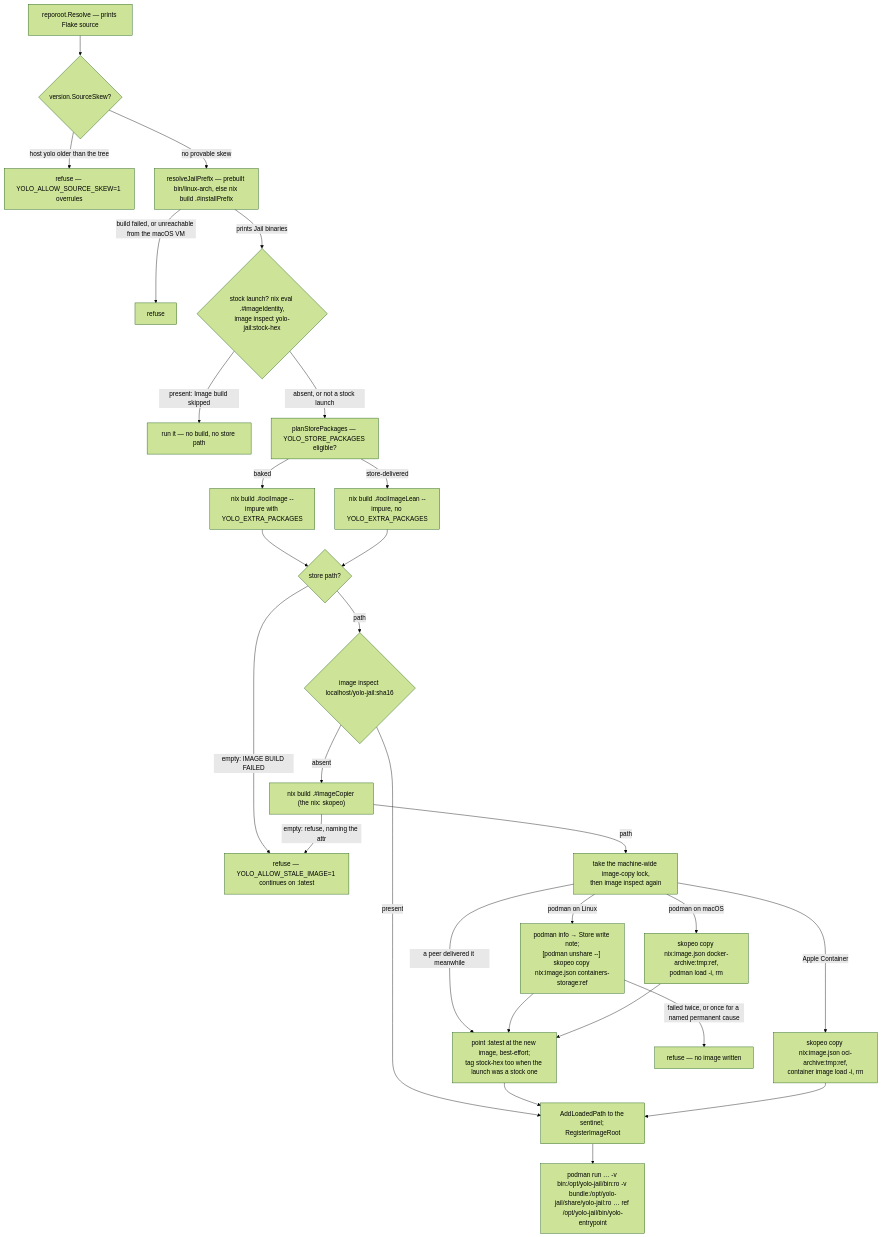
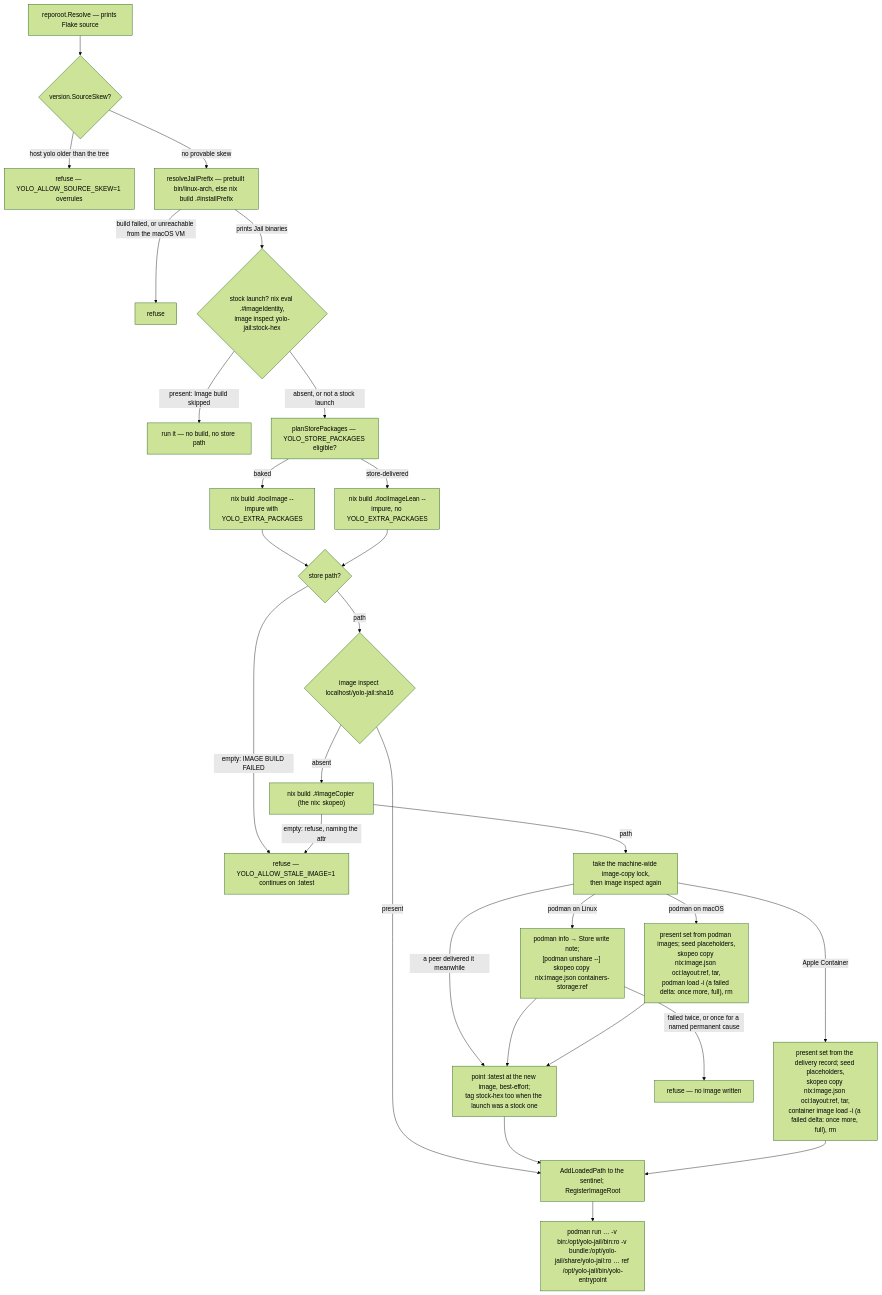
Before and after one commit to mschulkind-oss/yolo-jail: the diagram in docs/reference/image-staging-vs-baking.md, drawn with Mermaid (forest theme). The commit also changed other lines of this file and 3 other files, not shown here.

Commit message:
docs(image): describe the delta archive, where its files live, and what only a Mac can confirm

````diff
--- a/docs/reference/image-staging-vs-baking.md
+++ b/docs/reference/image-staging-vs-baking.md
@@ -390,29 +391,29 @@
 ```mermaid
 flowchart TD
     resolve["reporoot.Resolve — prints Flake source"] --> skew{"version.SourceSkew?"}
     skew -->|"host yolo older than the tree"| refuse1["refuse — YOLO_ALLOW_SOURCE_SKEW=1 overrules"]
     skew -->|"no provable skew"| prefix["resolveJailPrefix — prebuilt bin/linux-arch, else nix build .#installPrefix"]
     prefix -->|"build failed, or unreachable from the macOS VM"| refuse2["refuse"]
     prefix -->|"prints Jail binaries"| stock{"stock launch? nix eval .#imageIdentity,<br/>image inspect yolo-jail:stock-hex"}
     stock -->|"present: Image build skipped"| runstock["run it — no build, no store path"]
     stock -->|"absent, or not a stock launch"| plan["planStorePackages — YOLO_STORE_PACKAGES eligible?"]
     plan -->|"baked"| build["nix build .#ociImage --impure with YOLO_EXTRA_PACKAGES"]
     plan -->|"store-delivered"| buildLean["nix build .#ociImageLean --impure, no YOLO_EXTRA_PACKAGES"]
     build --> failed{"store path?"}
     buildLean --> failed
     failed -->|"empty: IMAGE BUILD FAILED"| fatal["refuse — YOLO_ALLOW_STALE_IMAGE=1 continues on :latest"]
     failed -->|"path"| inspect{"image inspect localhost/yolo-jail:sha16"}
     inspect -->|"present"| record["AddLoadedPath to the sentinel; RegisterImageRoot"]
     inspect -->|"absent"| copier["nix build .#imageCopier (the nix: skopeo)"]
     copier -->|"empty: refuse, naming the attr"| fatal
     copier -->|"path"| lock["take the machine-wide image-copy lock,<br/>then image inspect again"]
     lock -->|"a peer delivered it meanwhile"| alias
     lock -->|"podman on Linux"| copy["podman info → Store write note;<br/>[podman unshare --] skopeo copy nix:image.json containers-storage:ref"]
-    lock -->|"Apple Container"| copyoci["skopeo copy nix:image.json oci-archive:tmp:ref,<br/>container image load -i, rm"]
-    lock -->|"podman on macOS"| copydock["skopeo copy nix:image.json docker-archive:tmp:ref,<br/>podman load -i, rm"]
+    lock -->|"Apple Container"| copyoci["present set from the delivery record; seed placeholders,<br/>skopeo copy nix:image.json oci:layout:ref, tar,<br/>container image load -i (a failed delta: once more, full), rm"]
+    lock -->|"podman on macOS"| copydock["present set from podman images; seed placeholders,<br/>skopeo copy nix:image.json oci:layout:ref, tar,<br/>podman load -i (a failed delta: once more, full), rm"]
     copy -->|"failed twice, or once for a named permanent cause"| abandon["refuse — no image written"]
     copy --> alias["point :latest at the new image, best-effort;<br/>tag stock-hex too when the launch was a stock one"] --> record
     copydock --> alias
     copyoci --> record
     record --> argv["podman run … -v bin:/opt/yolo-jail/bin:ro -v bundle:/opt/yolo-jail/share/yolo-jail:ro … ref /opt/yolo-jail/bin/yolo-entrypoint"]
 ```
````
